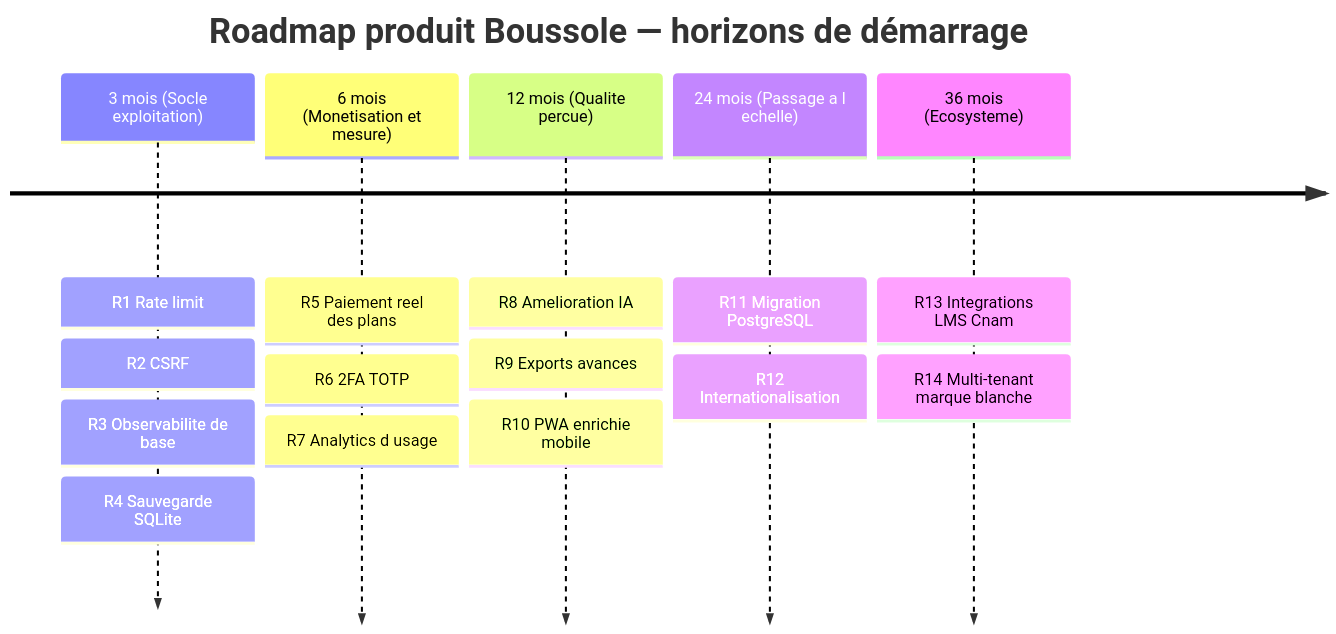
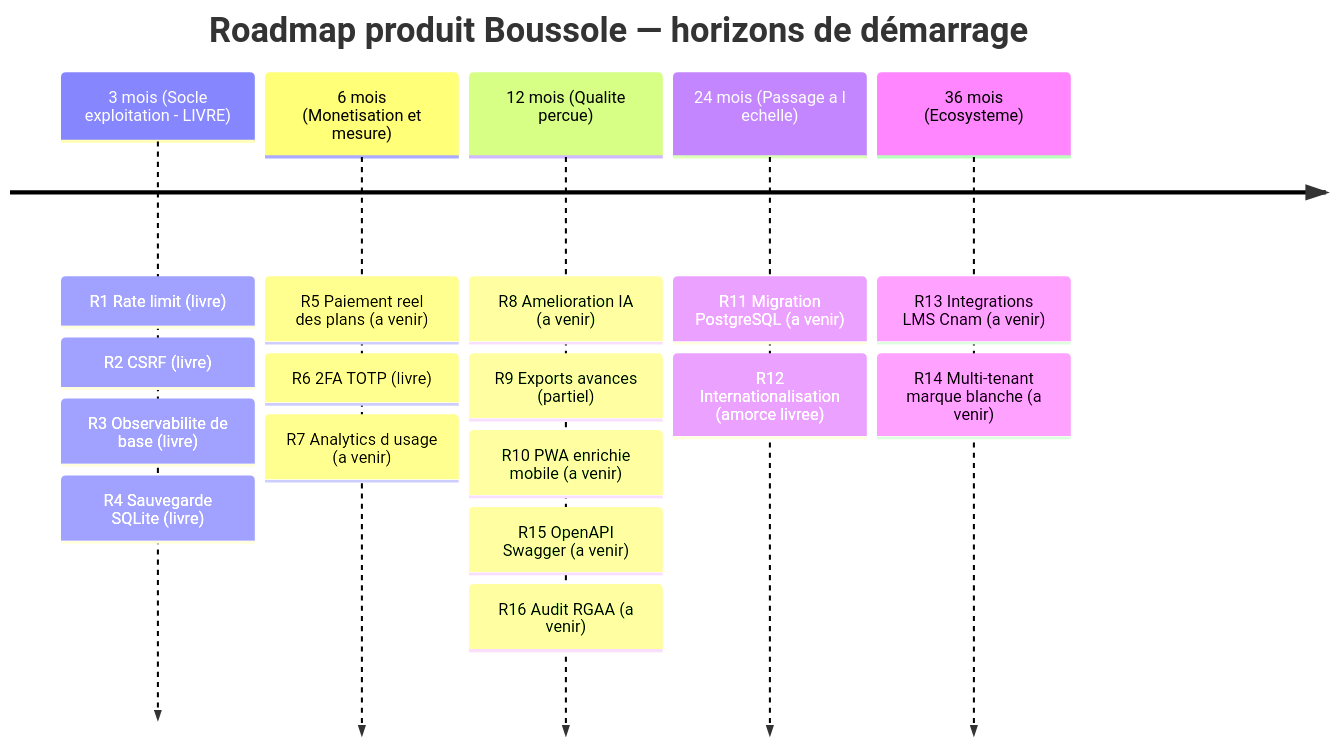
One commit to melafrit/FAD130_accompagnement_pro changed the first of 3 diagrams in app/api/src/wiki/content/roadmap.md. Above: the diagram before and after it, drawn with Mermaid. The commit also changed other lines of this file and 14 other files, not shown here.

````diff
--- a/app/api/src/wiki/content/roadmap.md
+++ b/app/api/src/wiki/content/roadmap.md
@@ -110,9 +125,9 @@
 ```mermaid
 timeline
     title Roadmap produit Boussole — horizons de démarrage
-    3 mois (Socle exploitation) : R1 Rate limit : R2 CSRF : R3 Observabilite de base : R4 Sauvegarde SQLite
-    6 mois (Monetisation et mesure) : R5 Paiement reel des plans : R6 2FA TOTP : R7 Analytics d usage
-    12 mois (Qualite percue) : R8 Amelioration IA : R9 Exports avances : R10 PWA enrichie mobile
-    24 mois (Passage a l echelle) : R11 Migration PostgreSQL : R12 Internationalisation
-    36 mois (Ecosysteme) : R13 Integrations LMS Cnam : R14 Multi-tenant marque blanche
+    3 mois (Socle exploitation - LIVRE) : R1 Rate limit (livre) : R2 CSRF (livre) : R3 Observabilite de base (livre) : R4 Sauvegarde SQLite (livre)
+    6 mois (Monetisation et mesure) : R5 Paiement reel des plans (a venir) : R6 2FA TOTP (livre) : R7 Analytics d usage (a venir)
+    12 mois (Qualite percue) : R8 Amelioration IA (a venir) : R9 Exports avances (partiel) : R10 PWA enrichie mobile (a venir) : R15 OpenAPI Swagger (a venir) : R16 Audit RGAA (a venir)
+    24 mois (Passage a l echelle) : R11 Migration PostgreSQL (a venir) : R12 Internationalisation (amorce livree)
+    36 mois (Ecosysteme) : R13 Integrations LMS Cnam (a venir) : R14 Multi-tenant marque blanche (a venir)
 ```
````
